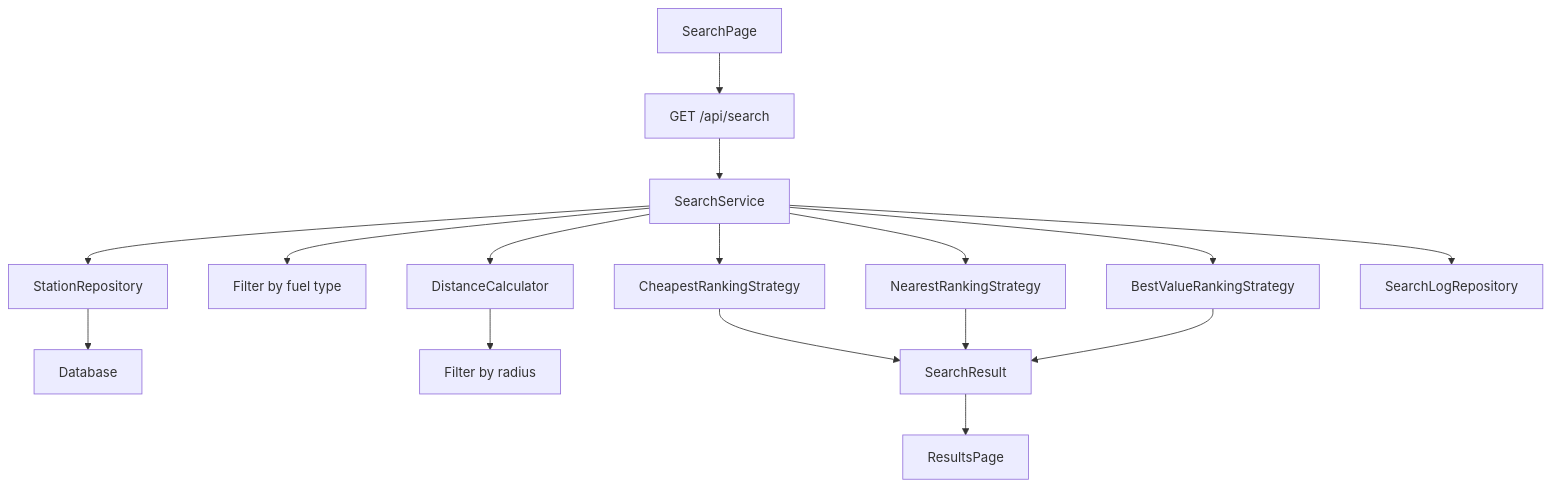
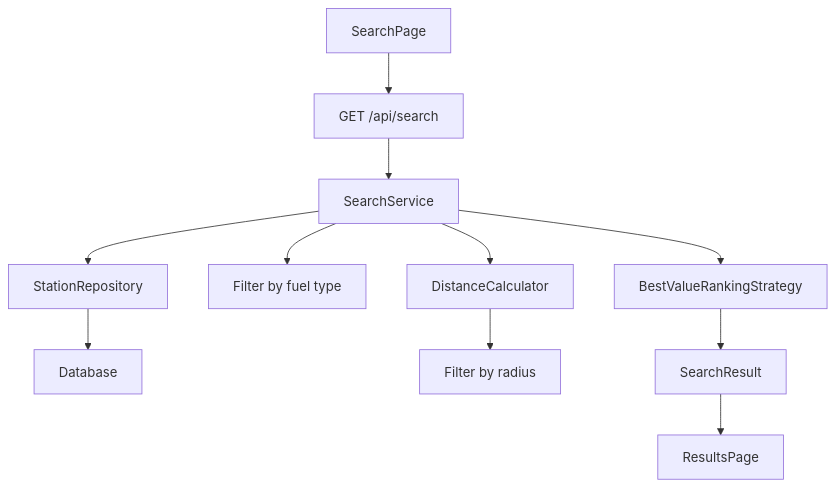
Before and after one commit to Arthemisto/FuelFinder: the third of 4 diagrams in BACKEND_DESIGN.md, drawn with Mermaid. The commit also changed other lines of this file and 4 other files, not shown here.

````diff
--- a/BACKEND_DESIGN.md
+++ b/BACKEND_DESIGN.md
@@ -1188,18 +1241,13 @@
 ```mermaid
 flowchart TD
   SearchPage["SearchPage"] --> SearchRoute["GET /api/search"]
   SearchRoute --> SearchService
   SearchService --> StationRepository
   StationRepository --> Database["Database"]
   SearchService --> FuelFilter["Filter by fuel type"]
   SearchService --> DistanceCalculator
   DistanceCalculator --> RadiusFilter["Filter by radius"]
-  SearchService --> CheapestRankingStrategy
-  SearchService --> NearestRankingStrategy
   SearchService --> BestValueRankingStrategy
-  SearchService --> SearchLogRepository
-  CheapestRankingStrategy --> SearchResult
-  NearestRankingStrategy --> SearchResult
   BestValueRankingStrategy --> SearchResult
   SearchResult --> ResultsPage["ResultsPage"]
 ```
````
